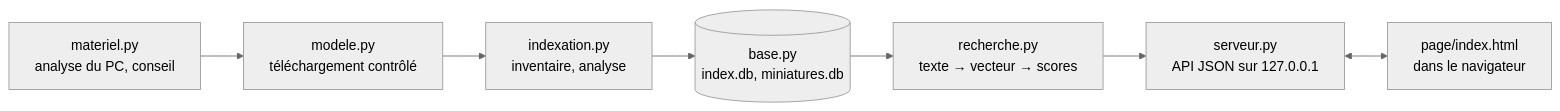
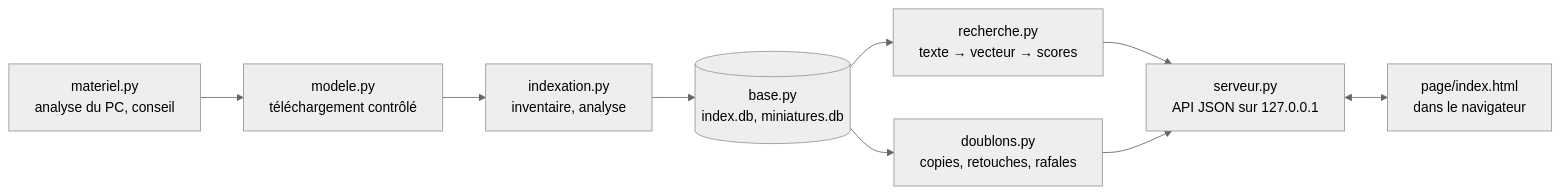
Before and after one commit to glenac/MyPhotos: the diagram in docs/ARCHITECTURE.md, drawn with Mermaid (neutral theme). The commit also changed other lines of this file and 21 other files, not shown here.

````diff
--- a/docs/ARCHITECTURE.md
+++ b/docs/ARCHITECTURE.md
@@ -9,9 +9,11 @@
 ```mermaid
 flowchart LR
     M["materiel.py<br/>analyse du PC, conseil"] --> T["modele.py<br/>téléchargement contrôlé"]
     T --> I["indexation.py<br/>inventaire, analyse"]
     I --> B[("base.py<br/>index.db, miniatures.db")]
     B --> R["recherche.py<br/>texte → vecteur → scores"]
     R --> S["serveur.py<br/>API JSON sur 127.0.0.1"]
+    B --> D["doublons.py<br/>copies, retouches, rafales"]
+    D --> S
     S <--> P["page/index.html<br/>dans le navigateur"]
 ```
````
